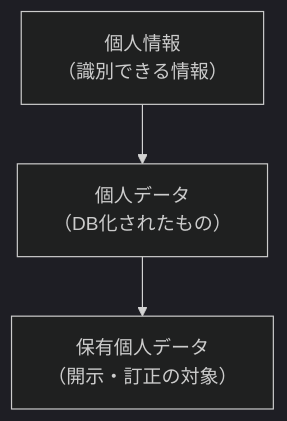
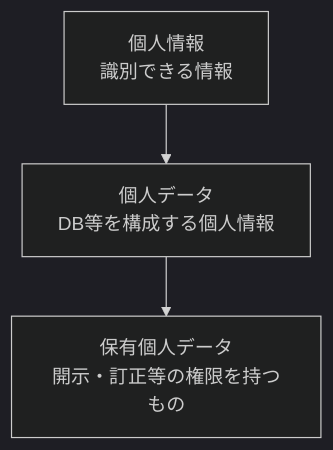
One commit to PlumaHatchery/llm-study changed the first of 2 diagrams in content/notes/law-ethics.md. Above: the diagram before and after it, drawn with Mermaid (dark theme). The commit also changed other lines of this file and 2 other files, not shown here.

````diff
--- a/content/notes/law-ethics.md
+++ b/content/notes/law-ethics.md
@@ -12,5 +12,5 @@
 ```mermaid
 flowchart TD
-  A["個人情報<br/>（識別できる情報）"] --> B["個人データ<br/>（DB化されたもの）"]
-  B --> C["保有個人データ<br/>（開示・訂正の対象）"]
+  A["個人情報<br/>識別できる情報"] --> B["個人データ<br/>DB等を構成する個人情報"]
+  B --> C["保有個人データ<br/>開示・訂正等の権限を持つもの"]
 ```
````
